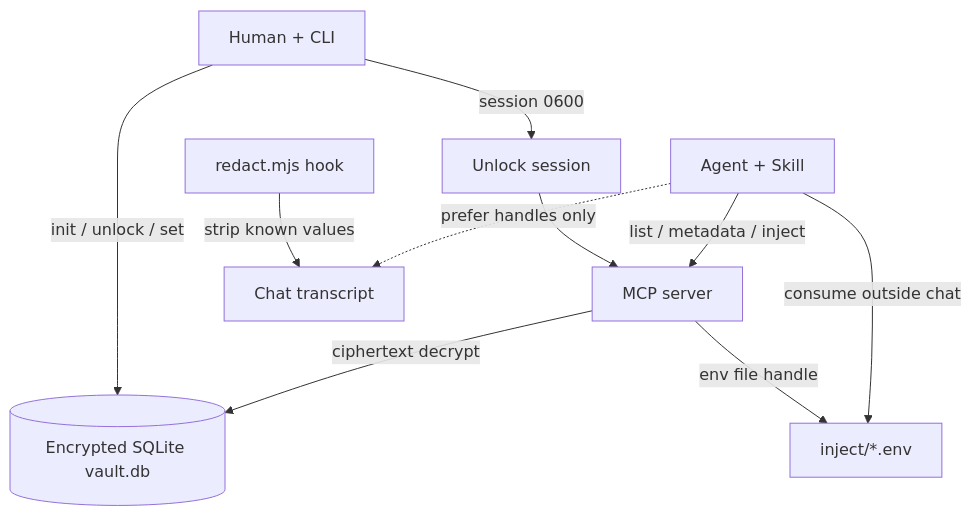
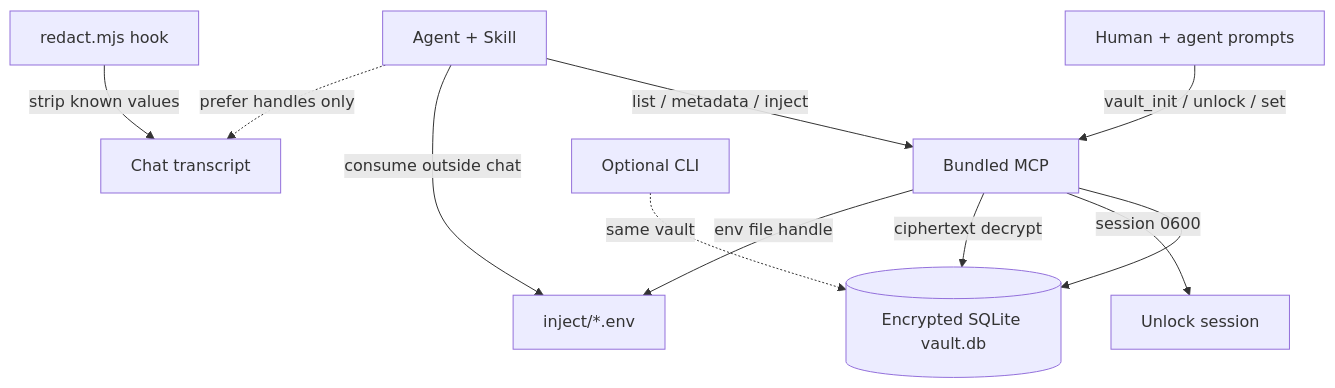
The diagram in README.md (vishnutvm/password-space), drawn with Mermaid before and after one commit. The commit also changed other lines of this file and 10 other files, not shown here.

First line of the commit message:
feat(mcp): vault setup tools for marketplace day-1 UX

````diff
--- a/README.md
+++ b/README.md
@@ -179,12 +196,13 @@
 ```mermaid
 flowchart TB
-  Human[Human + CLI] -->|init / unlock / set| Vault[(Encrypted SQLite vault.db)]
-  Human -->|session 0600| Session[Unlock session]
-  Session --> MCP[MCP server]
+  Human[Human + agent prompts] -->|vault_init / unlock / set| MCP[Bundled MCP]
+  MCP --> Vault[(Encrypted SQLite vault.db)]
+  MCP -->|session 0600| Session[Unlock session]
   Agent[Agent + Skill] -->|list / metadata / inject| MCP
   MCP -->|ciphertext decrypt| Vault
   MCP -->|env file handle| Inject[inject/*.env]
   Agent -->|consume outside chat| Inject
   Hook[redact.mjs hook] -->|strip known values| Chat[Chat transcript]
   Agent -.->|prefer handles only| Chat
+  CLI[Optional CLI] -.->|same vault| Vault
 ```
````
